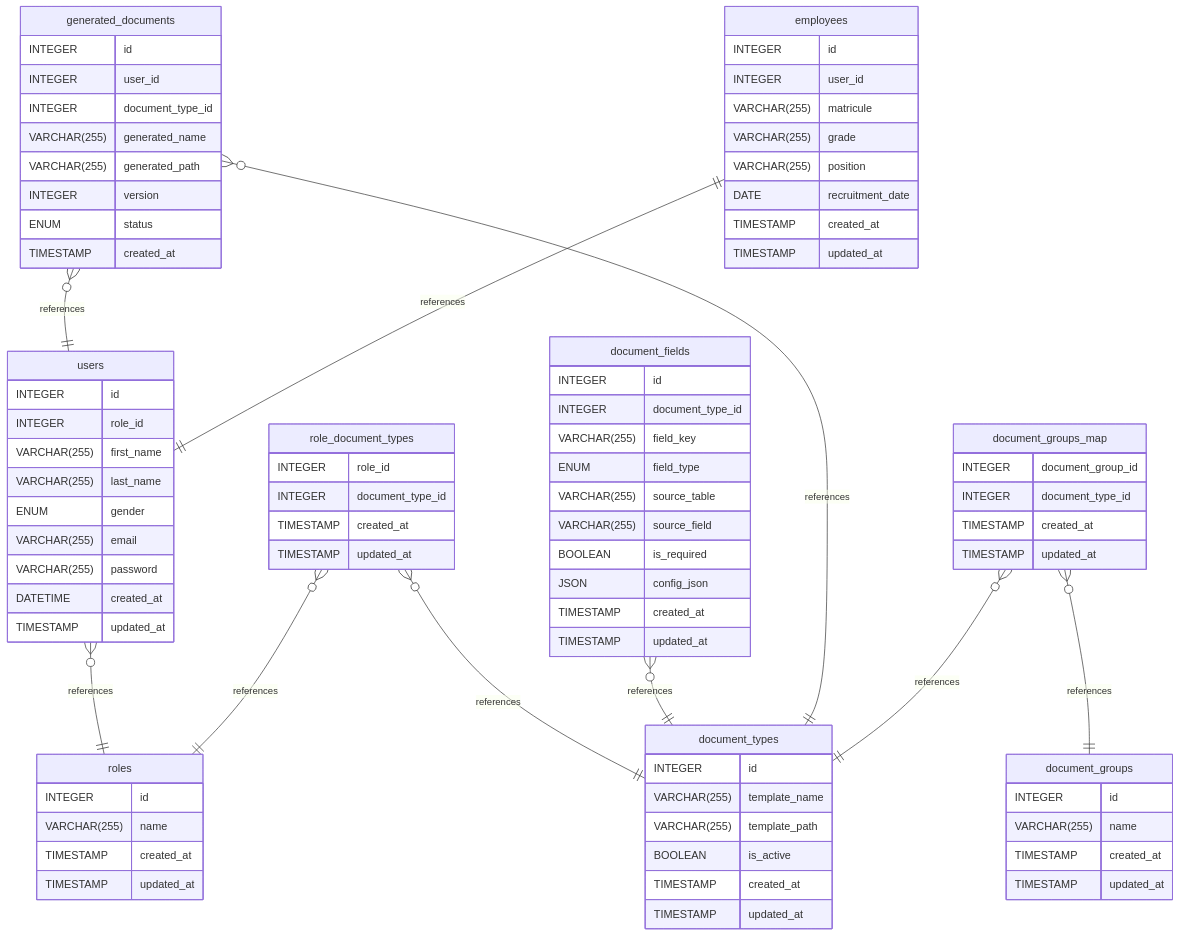
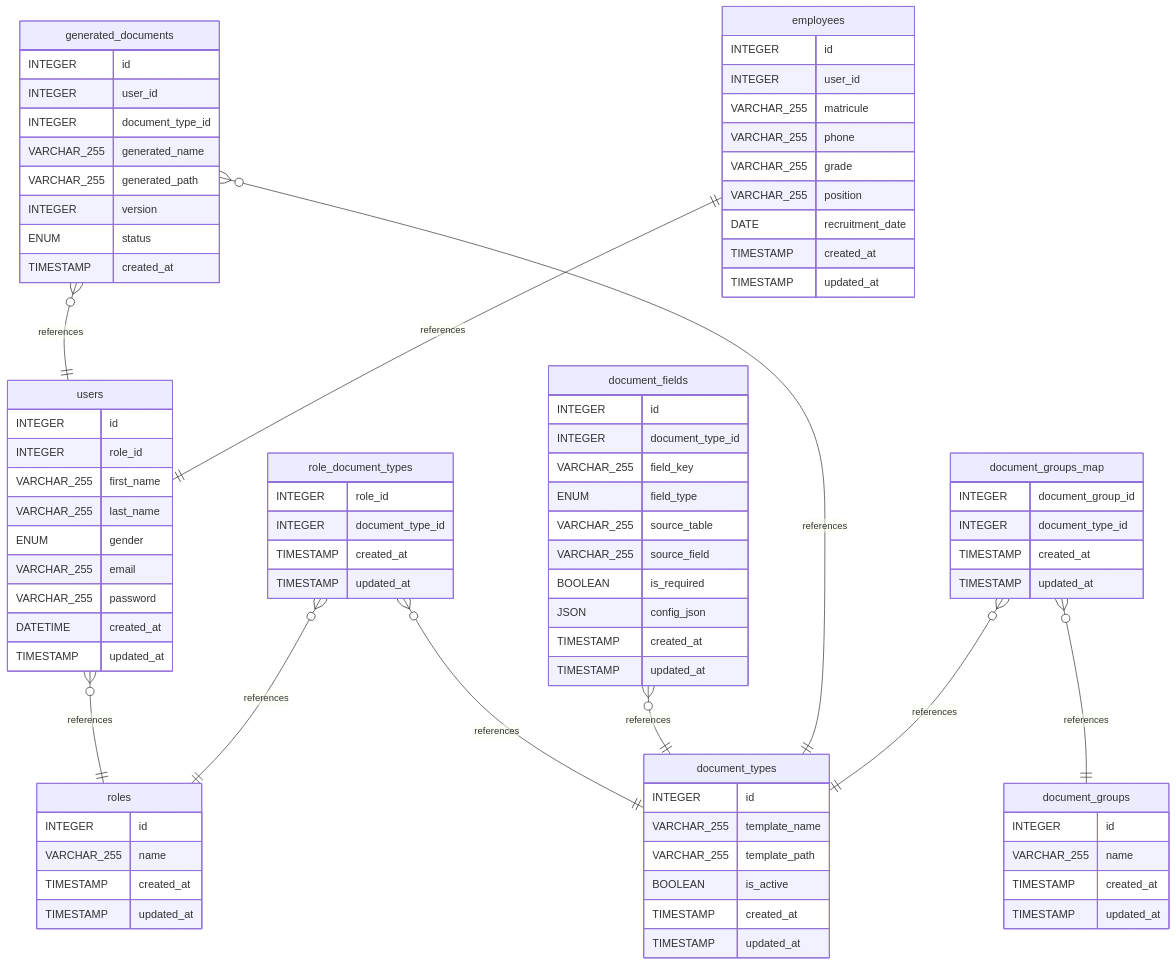
One commit to nzrrs/CMC-DMS changed the diagram in backend/database/README.md. Above: the diagram before and after it, drawn with Mermaid. The commit also changed other lines of this file, not shown here.

```diff
--- a/backend/database/README.md
+++ b/backend/database/README.md
@@ -257,15 +284,15 @@
 
     document_types {
         INTEGER id
-        VARCHAR(255) template_name
-        VARCHAR(255) template_path
+        VARCHAR_255 template_name
+        VARCHAR_255 template_path
         BOOLEAN is_active
         TIMESTAMP created_at
         TIMESTAMP updated_at
     }
     document_groups {
         INTEGER id
-        VARCHAR(255) name
+        VARCHAR_255 name
         TIMESTAMP created_at
         TIMESTAMP updated_at
     }
@@ -278,10 +305,10 @@
     document_fields {
         INTEGER id
         INTEGER document_type_id
-        VARCHAR(255) field_key
+        VARCHAR_255 field_key
         ENUM field_type
-        VARCHAR(255) source_table
-        VARCHAR(255) source_field
+        VARCHAR_255 source_table
+        VARCHAR_255 source_field
         BOOLEAN is_required
         JSON config_json
         TIMESTAMP created_at
@@ -291,8 +318,8 @@
         INTEGER id
         INTEGER user_id
         INTEGER document_type_id
-        VARCHAR(255) generated_name
-        VARCHAR(255) generated_path
+        VARCHAR_255 generated_name
+        VARCHAR_255 generated_path
         INTEGER version
         ENUM status
         TIMESTAMP created_at
@@ -300,11 +327,11 @@
     users {
         INTEGER id
         INTEGER role_id
-        VARCHAR(255) first_name
-        VARCHAR(255) last_name
+        VARCHAR_255 first_name
+        VARCHAR_255 last_name
         ENUM gender
-        VARCHAR(255) email
-        VARCHAR(255) password
+        VARCHAR_255 email
+        VARCHAR_255 password
         DATETIME created_at
         TIMESTAMP updated_at
     }
@@ -316,16 +343,17 @@
     }
     roles {
         INTEGER id
-        VARCHAR(255) name
+        VARCHAR_255 name
         TIMESTAMP created_at
         TIMESTAMP updated_at
     }
     employees {
         INTEGER id
         INTEGER user_id
-        VARCHAR(255) matricule
-        VARCHAR(255) grade
-        VARCHAR(255) position
+        VARCHAR_255 matricule
+        VARCHAR_255 phone
+        VARCHAR_255 grade
+        VARCHAR_255 position
         DATE recruitment_date
         TIMESTAMP created_at
         TIMESTAMP updated_at
```
